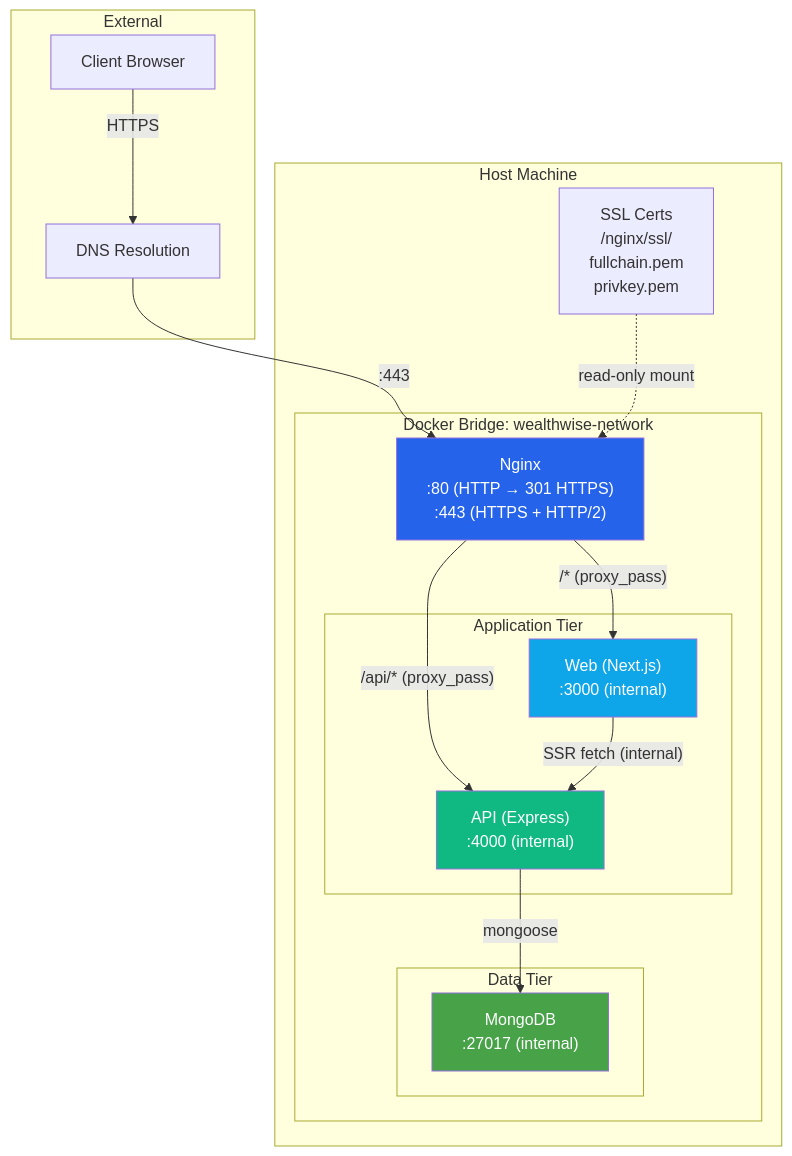
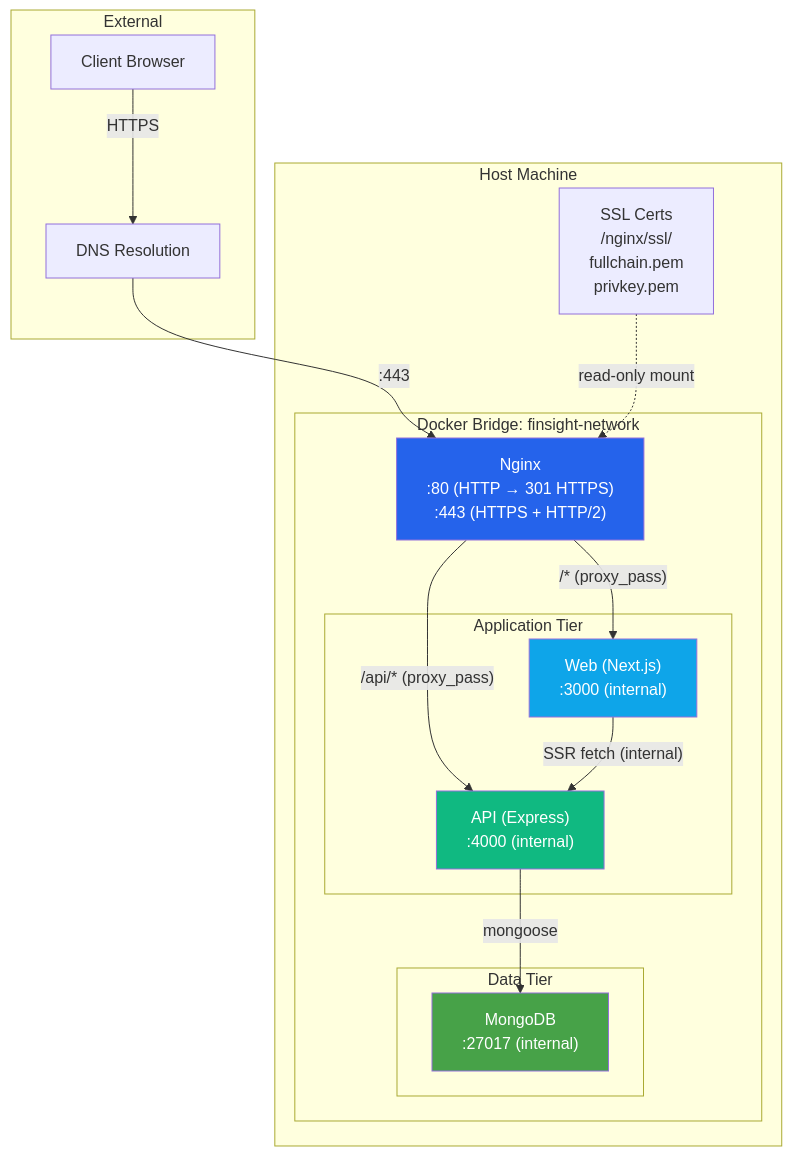
The tenth of 33 diagrams in DEVOPS.md (Swayam7Garg/Finsight), drawn with Mermaid before and after one commit. The commit also changed other lines of this file and 429 other files, not shown here.

````diff
--- a/DEVOPS.md
+++ b/DEVOPS.md
@@ -461,37 +461,37 @@
 ```mermaid
 graph TB
     subgraph "External"
         DNS[DNS Resolution]
         Client3[Client Browser]
     end
 
     subgraph "Host Machine"
-        subgraph "Docker Bridge: wealthwise-network"
+        subgraph "Docker Bridge: finsight-network"
             LB["Nginx<br/>:80 (HTTP → 301 HTTPS)<br/>:443 (HTTPS + HTTP/2)"]
 
             subgraph "Application Tier"
                 AppWeb["Web (Next.js)<br/>:3000 (internal)"]
                 AppAPI["API (Express)<br/>:4000 (internal)"]
             end
 
             subgraph "Data Tier"
                 AppDB["MongoDB<br/>:27017 (internal)"]
             end
         end
 
         SSL["SSL Certs<br/>/nginx/ssl/<br/>fullchain.pem<br/>privkey.pem"]
     end
 
     Client3 -->|HTTPS| DNS
     DNS -->|:443| LB
     LB -->|"/* (proxy_pass)"| AppWeb
     LB -->|"/api/* (proxy_pass)"| AppAPI
     AppAPI -->|mongoose| AppDB
     AppWeb -->|"SSR fetch (internal)"| AppAPI
     SSL -.->|read-only mount| LB
 
     style LB fill:#2563eb,color:#fff
     style AppWeb fill:#0ea5e9,color:#fff
     style AppAPI fill:#10b981,color:#fff
     style AppDB fill:#47a248,color:#fff
 ```
````
